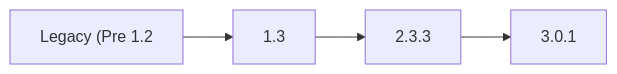
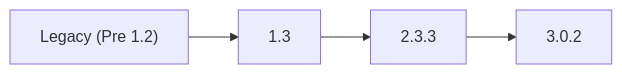
The diagram in content/TCGettingStarted/TCReleaseNotes.md (truenas/documentation), drawn with Mermaid before and after one commit. The commit also changed other lines of this file, not shown here.

````diff
--- a/content/TCGettingStarted/TCReleaseNotes.md
+++ b/content/TCGettingStarted/TCReleaseNotes.md
@@ -61,7 +62,7 @@
 ```mermaid
 flowchart LR
-A["Legacy (Pre 1.2"] --> B
+A["Legacy (Pre 1.2)"] --> B
 B["1.3"] --> C
 C["2.3.3"] --> D
-D["3.0.1"]
+D["3.0.2"]
 ```
````
